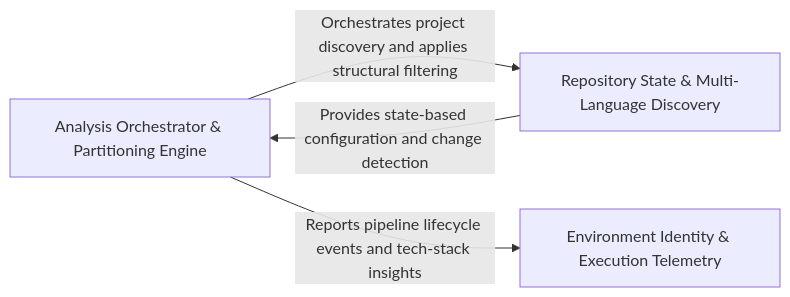
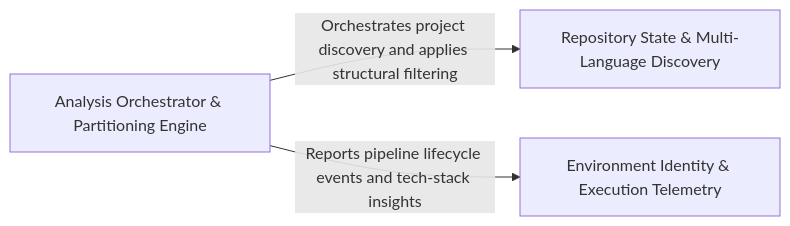
One commit to CodeBoarding/CodeBoarding changed the diagram in .codeboarding/Static_Analysis_Engine_Repository_Utilities.md. Above: the diagram before and after it, drawn with Mermaid. The commit also changed other lines of this file and 24 other files, not shown here.

Commit message:
chore(codeboarding): sync architecture baseline

````diff
--- a/.codeboarding/Static_Analysis_Engine_Repository_Utilities.md
+++ b/.codeboarding/Static_Analysis_Engine_Repository_Utilities.md
@@ -1,10 +1,9 @@
 ```mermaid
 graph LR
     Analysis_Orchestrator_Partitioning_Engine["Analysis Orchestrator & Partitioning Engine"]
     Repository_State_Multi_Language_Discovery["Repository State & Multi-Language Discovery"]
     Environment_Identity_Execution_Telemetry["Environment Identity & Execution Telemetry"]
     Analysis_Orchestrator_Partitioning_Engine -- "Orchestrates project discovery and applies structural filtering" --> Repository_State_Multi_Language_Discovery
     Analysis_Orchestrator_Partitioning_Engine -- "Reports pipeline lifecycle events and tech-stack insights" --> Environment_Identity_Execution_Telemetry
-    Repository_State_Multi_Language_Discovery -- "Provides state-based configuration and change detection" --> Analysis_Orchestrator_Partitioning_Engine
     click Analysis_Orchestrator_Partitioning_Engine href "https://github.com/CodeBoarding/CodeBoarding/blob/main/.codeboarding/Analysis_Orchestrator_Partitioning_Engine.md" "Details"
 ```
````
